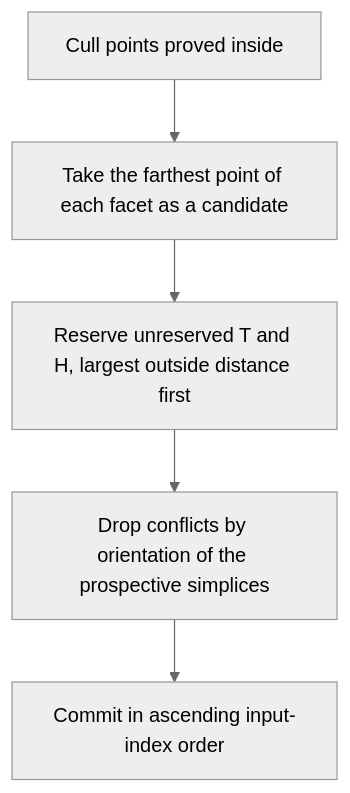
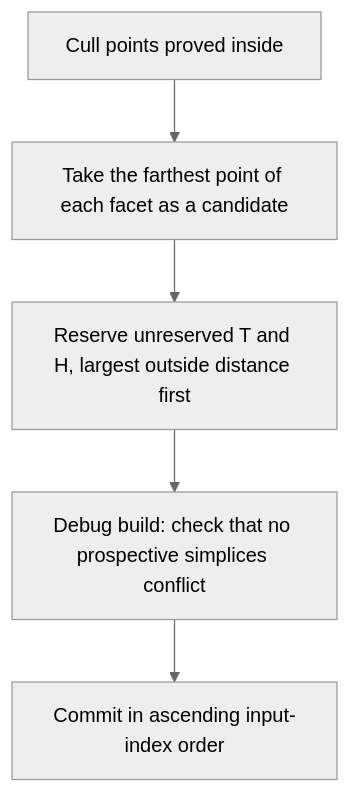
One commit to YUKIKEDA/convx changed the second of 2 diagrams in docs/design.md. Above: the diagram before and after it, drawn with Mermaid (neutral theme). The commit also changed other lines of this file and 5 other files, not shown here.

````diff
--- a/docs/design.md
+++ b/docs/design.md
@@ -215,9 +215,9 @@
 ```mermaid
 flowchart TD
     scan["Cull points proved inside"]
     pick["Take the farthest point of each facet as a candidate"]
     reserve["Reserve unreserved T and H, largest outside distance first"]
-    conflict["Drop conflicts by orientation of the prospective simplices"]
+    conflict["Debug build: check that no prospective simplices conflict"]
     commit["Commit in ascending input-index order"]
     scan --> pick --> reserve --> conflict --> commit
 ```
````
